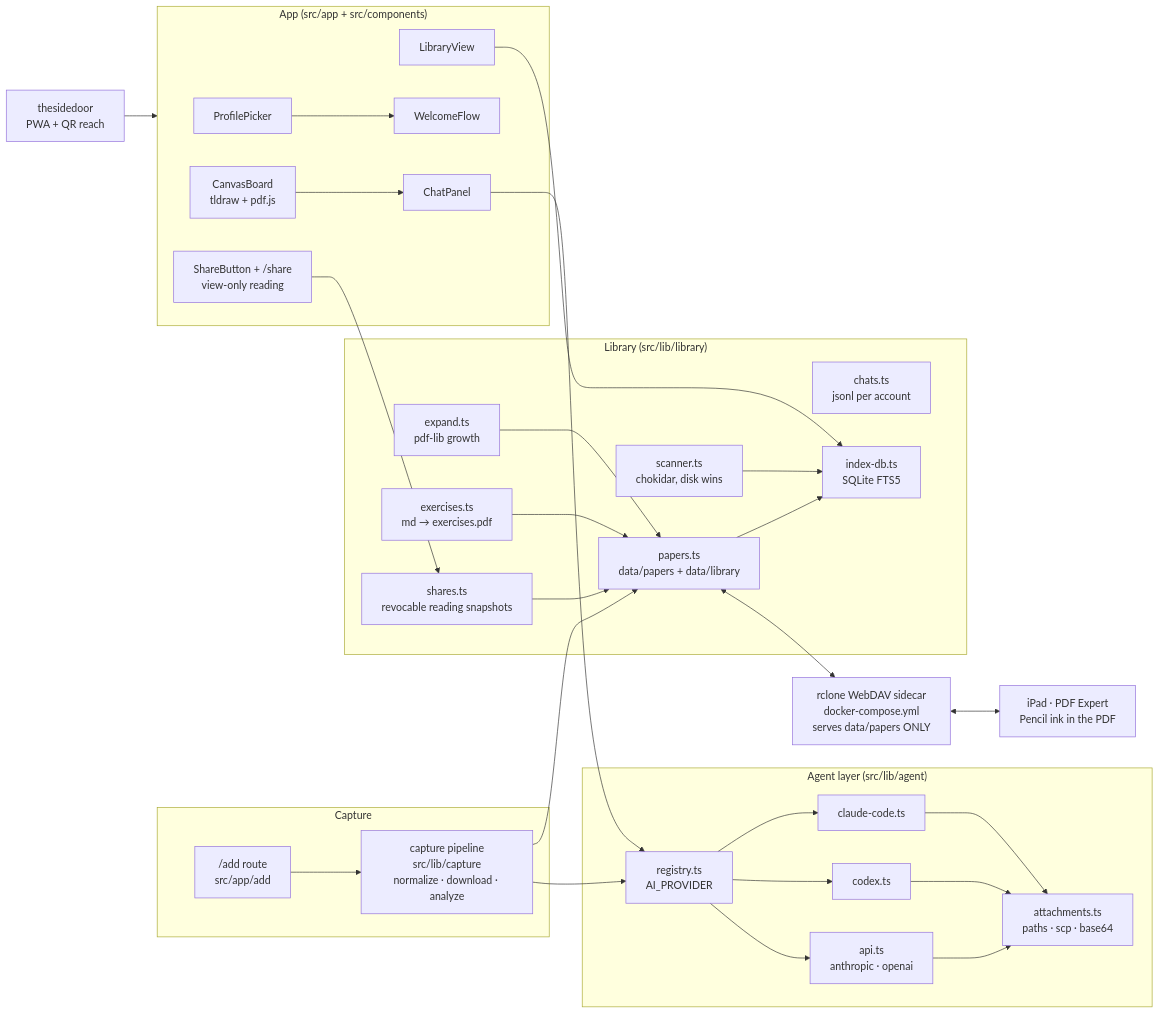
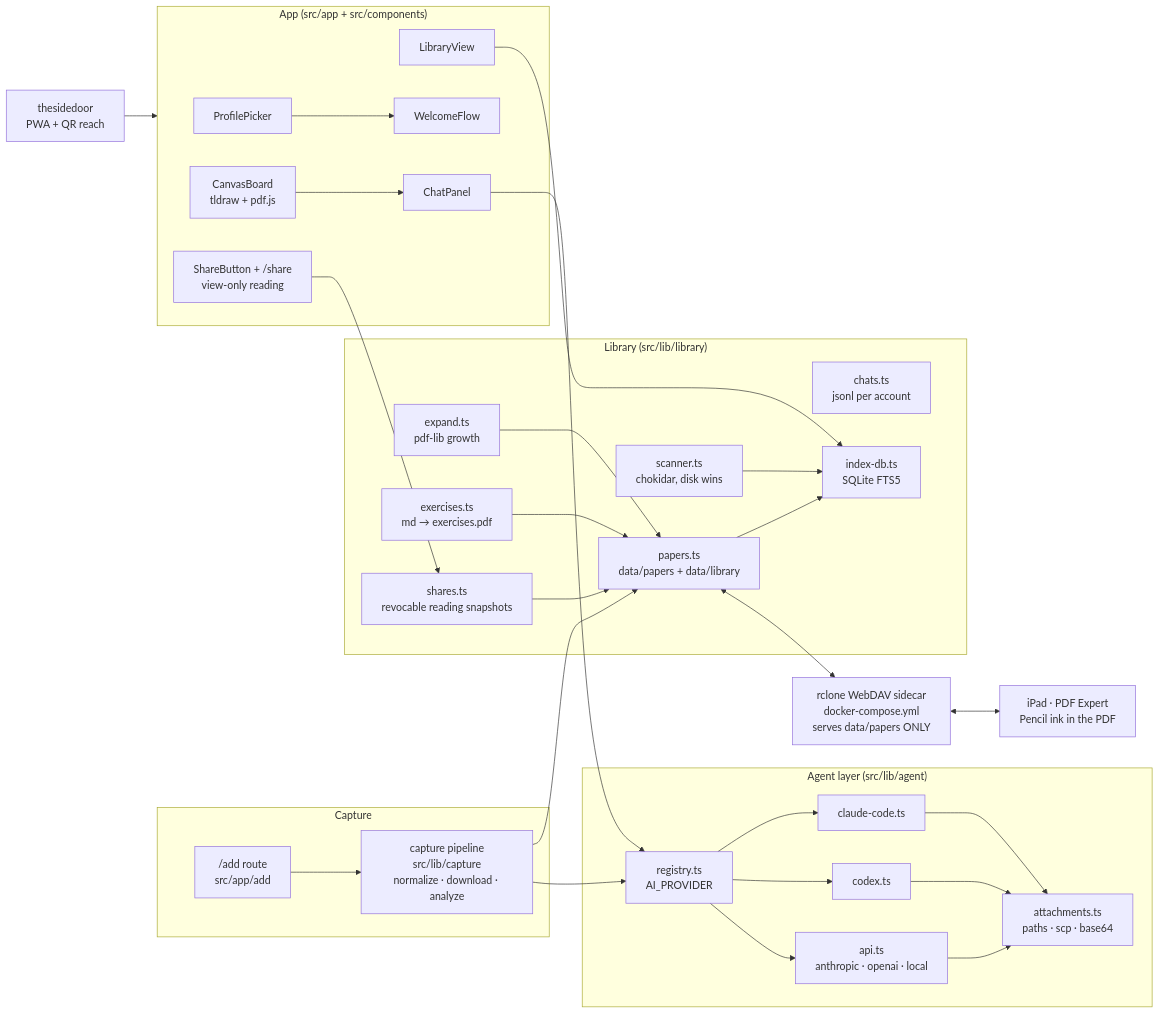
Before and after one commit to affromero/papernook: the diagram in README.md, drawn with Mermaid. The commit also changed other lines of this file and 14 other files, not shown here.

````diff
--- a/README.md
+++ b/README.md
@@ -67,55 +67,55 @@
 ```mermaid
 flowchart LR
     subgraph capture["Capture"]
       add["/add route<br/>src/app/add"]
       pipe["capture pipeline<br/>src/lib/capture<br/>normalize · download · analyze"]
     end
 
     subgraph agent["Agent layer (src/lib/agent)"]
       registry["registry.ts<br/>AI_PROVIDER"]
       claude["claude-code.ts"]
       codex["codex.ts"]
-      api["api.ts<br/>anthropic · openai"]
+      api["api.ts<br/>anthropic · openai · local"]
       attach["attachments.ts<br/>paths · scp · base64"]
     end
 
     subgraph library["Library (src/lib/library)"]
       papers["papers.ts<br/>data/papers + data/library"]
       chats["chats.ts<br/>jsonl per account"]
       index["index-db.ts<br/>SQLite FTS5"]
       scanner["scanner.ts<br/>chokidar, disk wins"]
       expand["expand.ts<br/>pdf-lib growth"]
       exercises["exercises.ts<br/>md → exercises.pdf"]
       shares["shares.ts<br/>revocable reading snapshots"]
     end
 
     subgraph ui["App (src/app + src/components)"]
       picker["ProfilePicker"]
       libview["LibraryView"]
       chatpanel["ChatPanel"]
       canvas["CanvasBoard<br/>tldraw + pdf.js"]
       wizard["WelcomeFlow"]
       shareview["ShareButton + /share<br/>view-only reading"]
     end
 
     dav["rclone WebDAV sidecar<br/>docker-compose.yml<br/>serves data/papers ONLY"]
     ipad["iPad · PDF Expert<br/>Pencil ink in the PDF"]
     sidedoor["thesidedoor<br/>PWA + QR reach"]
 
     add --> pipe --> papers
     pipe --> registry
     chatpanel --> registry
     registry --> claude & codex & api
     claude & codex & api --> attach
     papers --> index
     scanner --> index
     papers <--> dav <--> ipad
     exercises --> papers
     shares --> papers
     shareview --> shares
     expand --> papers
     canvas --> chatpanel
     libview --> index
     picker --> wizard
     sidedoor --> ui
 ```
````
